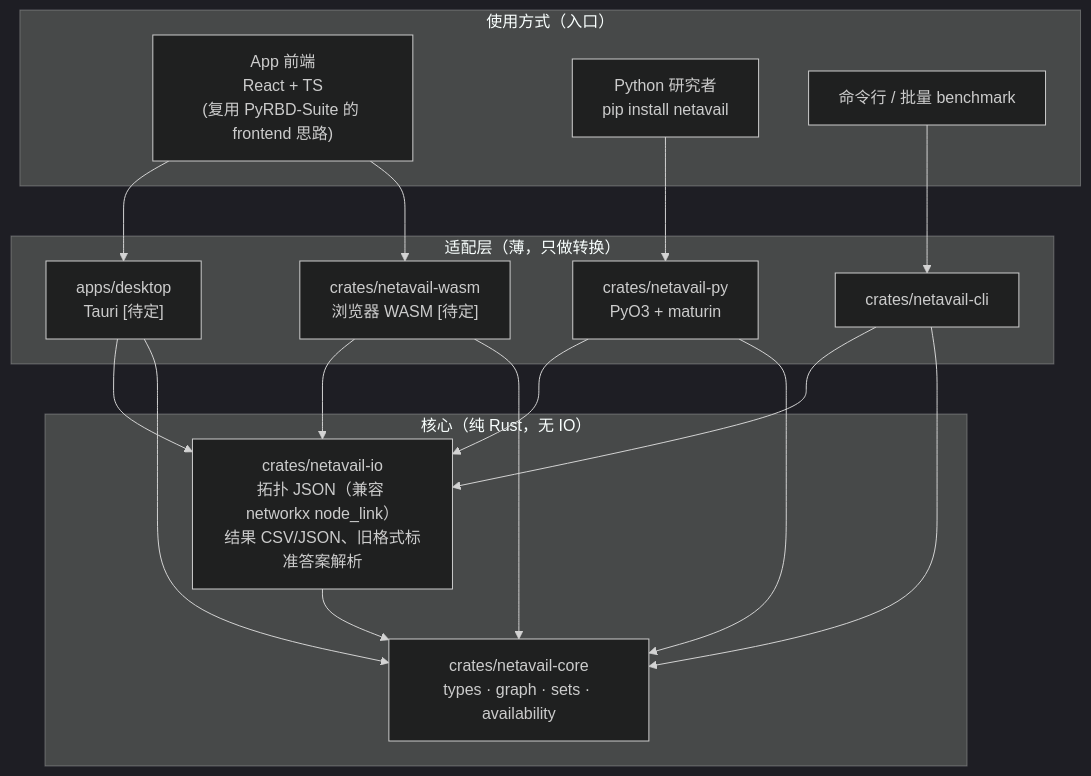
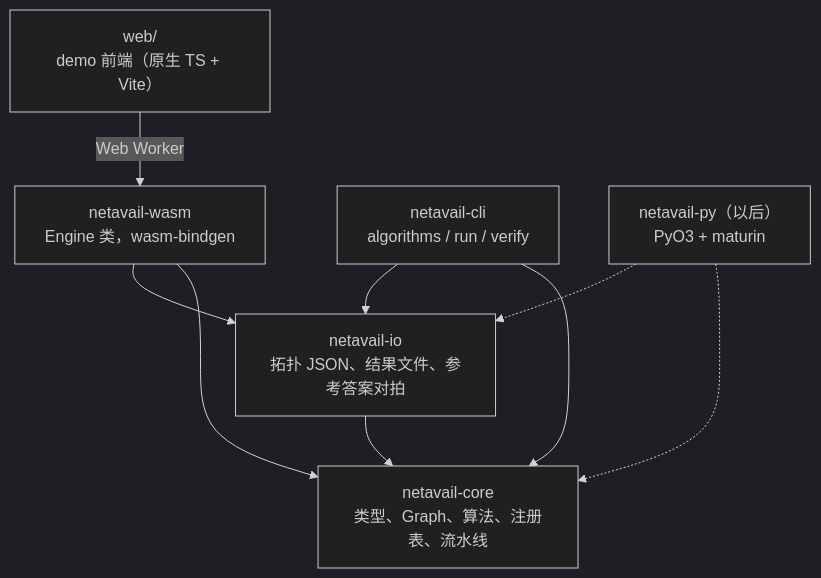
One commit to MichaelChennn/netavail changed the first of 3 diagrams in docs/architecture.md. Above: the diagram before and after it, drawn with Mermaid (dark theme). The commit also changed other lines of this file and 1 other file, not shown here.

First line of the commit message:
docs: finalize architecture and record decisions D21-D35

````diff
--- a/docs/architecture.md
+++ b/docs/architecture.md
@@ -19,35 +20,18 @@
 ```mermaid
 graph TB
-    subgraph Frontends["使用方式（入口）"]
-        APP["App 前端<br/>React + TS<br/>(复用 PyRBD-Suite 的 frontend 思路)"]
-        PYUSER["Python 研究者<br/>pip install netavail"]
-        CLIUSER["命令行 / 批量 benchmark"]
-    end
+    WEB["web/<br/>demo 前端（原生 TS + Vite）"]
+    WASM["netavail-wasm<br/>Engine 类，wasm-bindgen"]
+    CLI["netavail-cli<br/>algorithms / run / verify"]
+    PY["netavail-py（以后）<br/>PyO3 + maturin"]
+    IO["netavail-io<br/>拓扑 JSON、结果文件、参考答案对拍"]
+    CORE["netavail-core<br/>类型、Graph、算法、注册表、流水线"]
 
-    subgraph Adapters["适配层（薄，只做转换）"]
-        TAURI["apps/desktop<br/>Tauri [待定]"]
-        WASM["crates/netavail-wasm<br/>浏览器 WASM [待定]"]
-        PY["crates/netavail-py<br/>PyO3 + maturin"]
-        CLI["crates/netavail-cli"]
-    end
-
-    subgraph Core["核心（纯 Rust，无 IO）"]
-        IO["crates/netavail-io<br/>拓扑 JSON（兼容 networkx node_link）<br/>结果 CSV/JSON、旧格式标准答案解析"]
-        CORE["crates/netavail-core<br/>types · graph · sets · availability"]
-    end
-
-    APP --> TAURI
-    APP --> WASM
-    PYUSER --> PY
-    CLIUSER --> CLI
-
-    TAURI --> IO
+    WEB -->|Web Worker| WASM
     WASM --> IO
-    PY --> IO
     CLI --> IO
-    TAURI --> CORE
+    PY -.-> IO
     WASM --> CORE
-    PY --> CORE
     CLI --> CORE
+    PY -.-> CORE
     IO --> CORE
 ```
````
